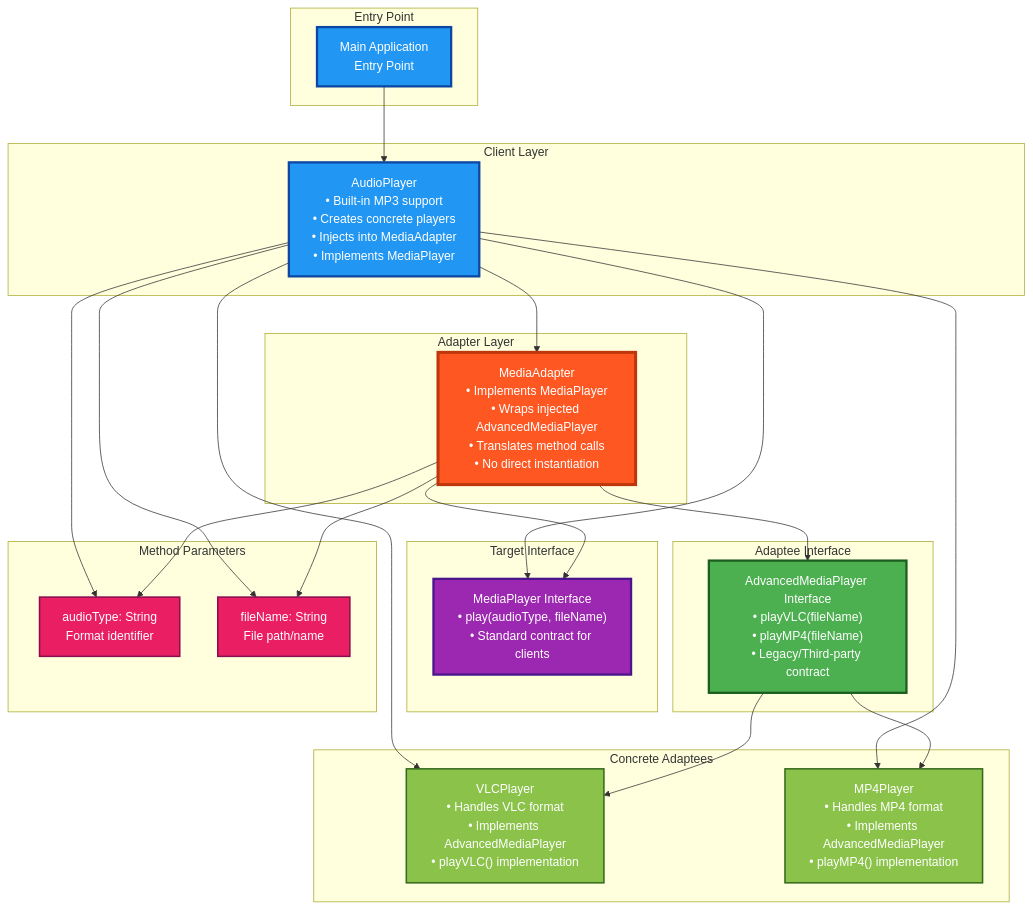
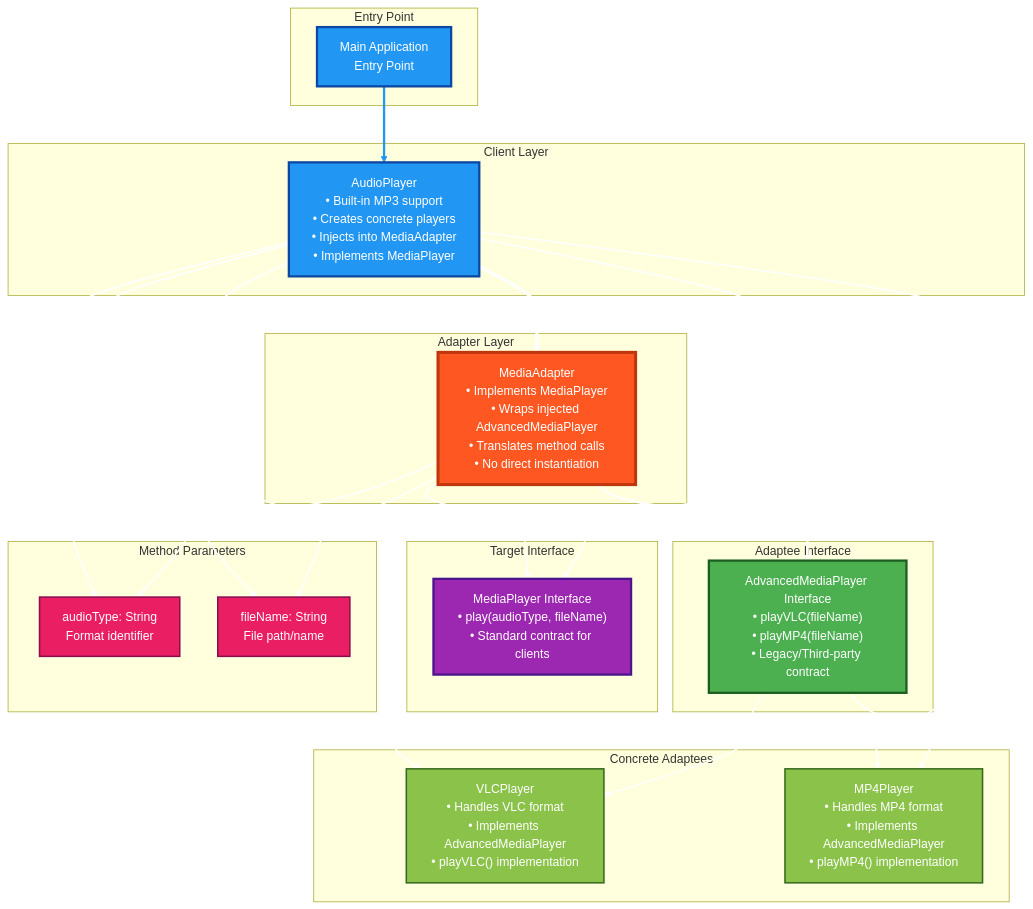
Before and after one commit to thenoblet/practice: the diagram in src/adapter/adapter.mermaid, drawn with Mermaid.

Commit message:
modified diagram to represent new code design changes => DI

```diff
--- a/src/adapter/adapter.mermaid
+++ b/src/adapter/adapter.mermaid
@@ -1,68 +1,84 @@
 graph TB
 %% Entry Point
     subgraph "Entry Point"
         Main["Main Application<br/>Entry Point"]
     end
 
 %% Client Layer
     subgraph "Client Layer"
         AudioPlayer["AudioPlayer<br/>• Built-in MP3 support<br/>• Creates concrete players<br/>• Injects into MediaAdapter<br/>• Implements MediaPlayer"]
     end
 
 %% Target Interface Layer
     subgraph "Target Interface"
         MediaPlayer["MediaPlayer Interface<br/>• play(audioType, fileName)<br/>• Standard contract for clients"]
     end
 
 %% Adapter Layer - Key Pattern Component
     subgraph "Adapter Layer"
         MediaAdapter["MediaAdapter<br/>• Implements MediaPlayer<br/>• Wraps injected AdvancedMediaPlayer<br/>• Translates method calls<br/>• No direct instantiation"]
     end
 
 %% Adaptee Interface Layer
     subgraph "Adaptee Interface"
         AdvancedMediaPlayer["AdvancedMediaPlayer Interface<br/>• playVLC(fileName)<br/>• playMP4(fileName)<br/>• Legacy/Third-party contract"]
     end
 
 %% Concrete Adaptee Layer
     subgraph "Concrete Adaptees"
         VLCPlayer["VLCPlayer<br/>• Handles VLC format<br/>• Implements AdvancedMediaPlayer<br/>• playVLC() implementation"]
         MP4Player["MP4Player<br/>• Handles MP4 format<br/>• Implements AdvancedMediaPlayer<br/>• playMP4() implementation"]
     end
 
 %% Data Transfer Objects
     subgraph "Method Parameters"
         AudioType["audioType: String<br/>Format identifier"]
         FileName["fileName: String<br/>File path/name"]
     end
 
 %% Relationships
     Main --> AudioPlayer
     AudioPlayer --> MediaPlayer
     AudioPlayer --> MediaAdapter
     AudioPlayer --> VLCPlayer
     AudioPlayer --> MP4Player
     MediaAdapter --> MediaPlayer
     MediaAdapter --> AdvancedMediaPlayer
     AdvancedMediaPlayer --> VLCPlayer
     AdvancedMediaPlayer --> MP4Player
 
     AudioPlayer --> AudioType
     AudioPlayer --> FileName
     MediaAdapter --> AudioType
     MediaAdapter --> FileName
 
+%% Arrow Styling
+    linkStyle 0 stroke:#2196f3,stroke-width:3px
+    linkStyle 1 stroke:#FFFFFF,stroke-width:2px
+    linkStyle 2 stroke:#FFFFFF,stroke-width:4px
+    linkStyle 3 stroke:#FFFFFF,stroke-width:2px
+    linkStyle 4 stroke:#FFFFFF,stroke-width:2px
+    linkStyle 5 stroke:#FFFFFF,stroke-width:2px
+    linkStyle 6 stroke:#FFFFFF,stroke-width:3px
+    linkStyle 7 stroke:#FFFFFF,stroke-width:2px
+    linkStyle 8 stroke:#FFFFFF,stroke-width:2px
+    linkStyle 9 stroke:#FFFFFF,stroke-width:2px
+    linkStyle 10 stroke:#FFFFFF,stroke-width:2px
+    linkStyle 11 stroke:#FFFFFF,stroke-width:2px
+    linkStyle 12 stroke:#FFFFFF,stroke-width:2px
+
+
 %% Styling
     classDef clientStyle fill:#2196f3,stroke:#0d47a1,stroke-width:3px,color:#fff
     classDef targetStyle fill:#9c27b0,stroke:#4a148c,stroke-width:3px,color:#fff
     classDef adapterStyle fill:#ff5722,stroke:#bf360c,stroke-width:4px,color:#fff
     classDef adapteeStyle fill:#4caf50,stroke:#1b5e20,stroke-width:3px,color:#fff
     classDef concreteStyle fill:#8bc34a,stroke:#33691e,stroke-width:2px,color:#fff
     classDef paramStyle fill:#e91e63,stroke:#880e4f,stroke-width:2px,color:#fff
 
     class Main,AudioPlayer clientStyle
     class MediaPlayer targetStyle
     class MediaAdapter adapterStyle
     class AdvancedMediaPlayer adapteeStyle
     class VLCPlayer,MP4Player concreteStyle
     class AudioType,FileName paramStyle
```
